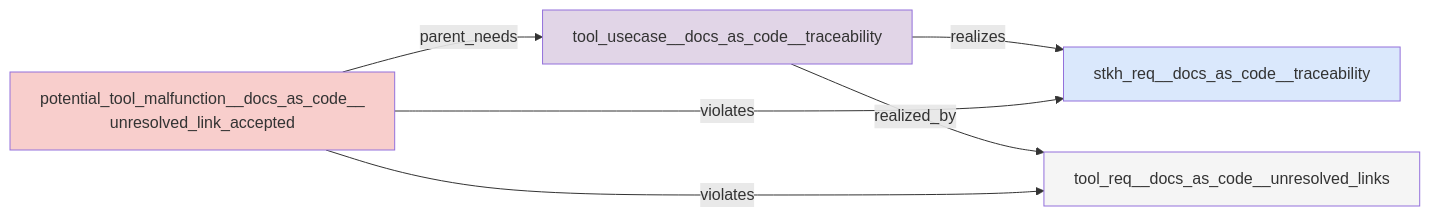
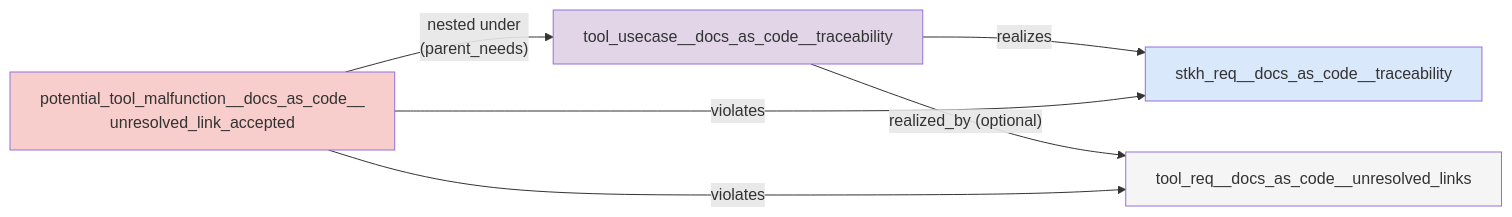
One commit to etas-contrib/score_docs-as-code changed the tenth of 14 diagrams in docs/how-to/perform_tool_verification.md. Above: the diagram before and after it, drawn with Mermaid. The commit also changed other lines of this file and 11 other files, not shown here.

````diff
--- a/docs/how-to/perform_tool_verification.md
+++ b/docs/how-to/perform_tool_verification.md
@@ -889,18 +907,18 @@
 ```{mermaid}
 flowchart LR
     STKH["stkh_req__docs_as_code__traceability"]
     UC["tool_usecase__docs_as_code__traceability"]
     TR["tool_req__docs_as_code__unresolved_links"]
     PM["potential_tool_malfunction__docs_as_code__<br/>unresolved_link_accepted"]
 
     UC -->|"realizes"| STKH
-    UC -->|"realized_by"| TR
-    PM -->|"parent_needs"| UC
+    UC -->|"realized_by (optional)"| TR
+    PM -->|"nested under<br/>(parent_needs)"| UC
     PM -->|"violates"| STKH
     PM -->|"violates"| TR
 
     style STKH fill:#DAE8FC
     style UC fill:#E1D5E7
     style TR fill:#F5F5F5
     style PM fill:#F8CECC
 ```
````
